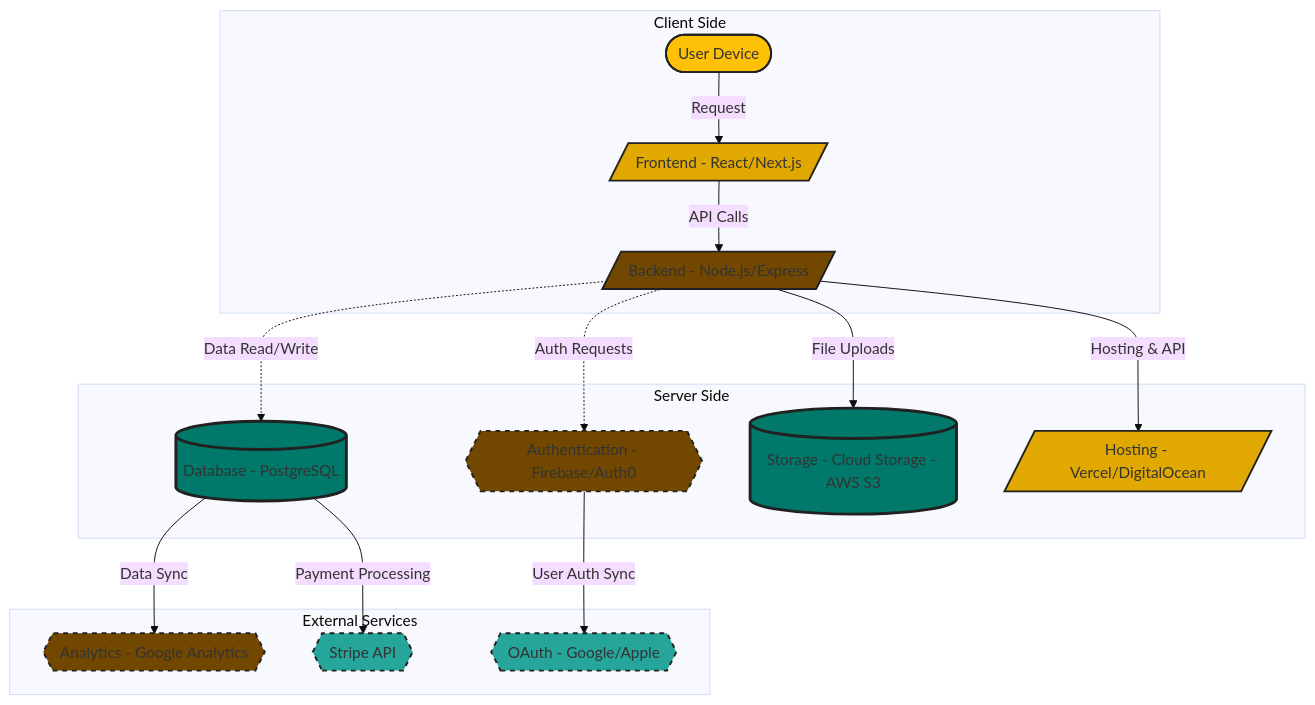
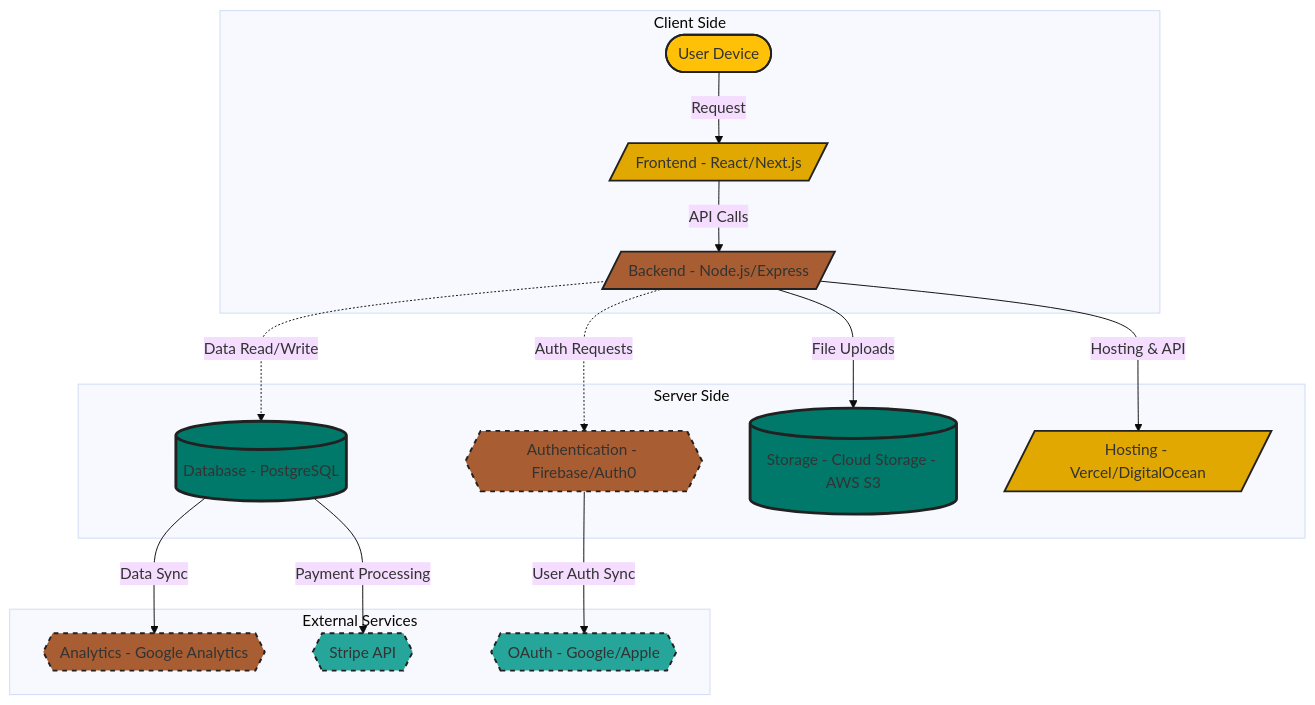
Before and after one commit to bennetthamilton/stingr: the diagram in docs/mlp/block-diagram.md, drawn with Mermaid (base theme).

````diff
--- a/docs/mlp/block-diagram.md
+++ b/docs/mlp/block-diagram.md
@@ -1,31 +1,31 @@
 ```mermaid
 graph TD;
     subgraph Client Side
         A1([User Device]) -->|Request| B[/Frontend - React/Next.js/]
         B -->|API Calls| C[/Backend - Node.js/Express/]
     end
 
     subgraph Server Side
         C -.->|Auth Requests| D{{Authentication - Firebase/Auth0}}
         C -.->|Data Read/Write| E[(Database - PostgreSQL)]
         C -->|File Uploads| F[(Storage - Cloud Storage - AWS S3)]
         C -->|Hosting & API| G[/Hosting - Vercel/DigitalOcean/]
     end
 
     subgraph External Services
         E -->|Data Sync| H{{Analytics - Google Analytics}}
         E -->|Payment Processing| I{{Stripe API}}
         D -->|User Auth Sync| J{{OAuth - Google/Apple}}
     end
 
     style A1 fill:#FFC107,stroke:#212121,stroke-width:2px;
     style B fill:#E0A800,stroke:#212121,stroke-width:2px;
-    style C fill:#724800,stroke:#212121,stroke-width:2px;
-    style D fill:#724800,stroke:#212121,stroke-width:2px,stroke-dasharray:5 5;
+    style C fill:#a85e32,stroke:#212121,stroke-width:2px;
+    style D fill:#a85e32,stroke:#212121,stroke-width:2px,stroke-dasharray:5 5;
     style E fill:#00796B,stroke:#212121,stroke-width:3px;
     style F fill:#00796B,stroke:#212121,stroke-width:3px;
     style G fill:#E0A800,stroke:#212121,stroke-width:2px;
-    style H fill:#724800,stroke:#212121,stroke-width:2px,stroke-dasharray:5 5;
+    style H fill:#a85e32,stroke:#212121,stroke-width:2px,stroke-dasharray:5 5;
     style I fill:#26A69A,stroke:#212121,stroke-width:2px,stroke-dasharray:5 5;
     style J fill:#26A69A,stroke:#212121,stroke-width:2px,stroke-dasharray:5 5;
 ```
````
